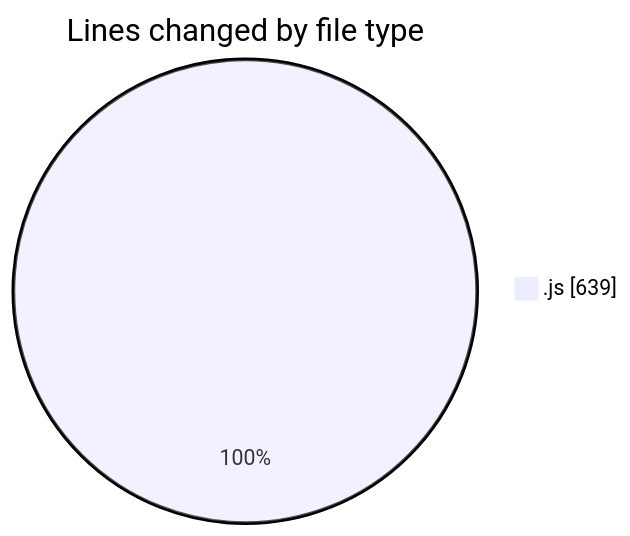
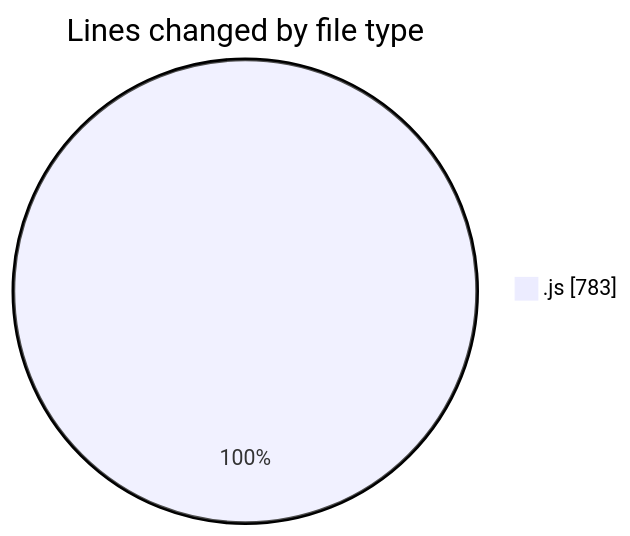
The first of 2 diagrams in 2025-07-23/nxtqube_webapp/README.md (nxtqubesakshisongat/code-tracking), drawn with Mermaid before and after one commit. The commit also changed other lines of this file and 1 other file, not shown here.

````diff
--- a/2025-07-23/nxtqube_webapp/README.md
+++ b/2025-07-23/nxtqube_webapp/README.md
@@ -20,5 +20,5 @@
 ```mermaid
 pie showData
 title Lines changed by file type
-".js" : 639
+".js" : 783
 ```
````
